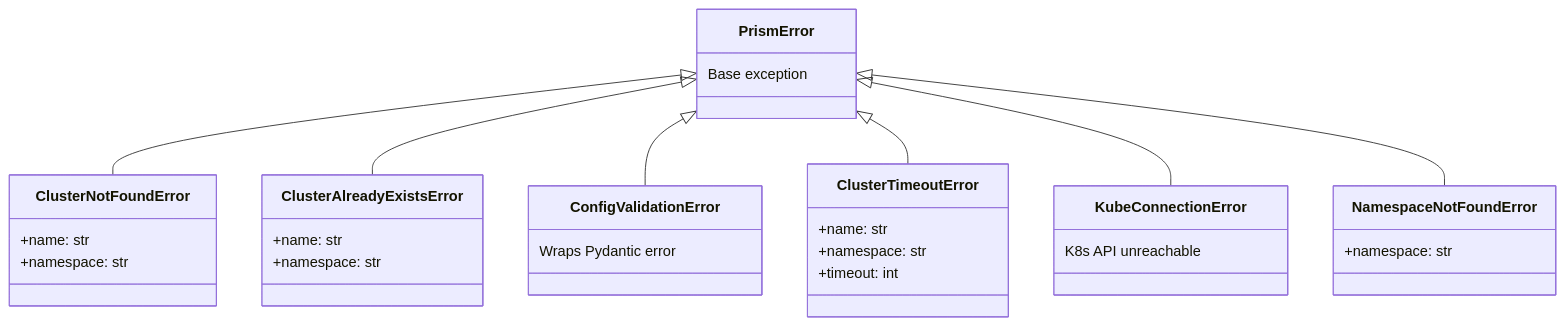
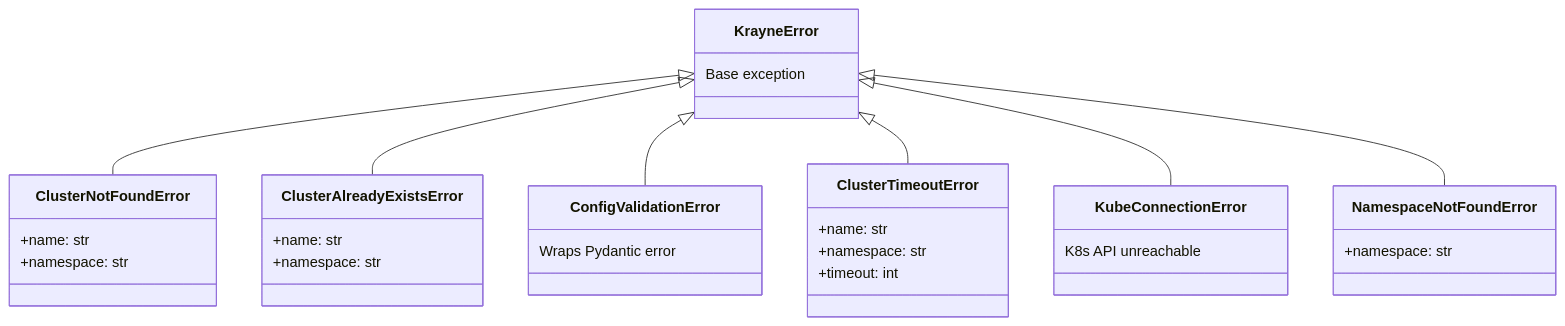
One commit to roulbac/krayne changed the first of 2 diagrams in docs/guide/error-handling.md. Above: the diagram before and after it, drawn with Mermaid. The commit also changed other lines of this file and 51 other files, not shown here.

First line of the commit message:
Rename project from Prism to Krayne

````diff
--- a/docs/guide/error-handling.md
+++ b/docs/guide/error-handling.md
@@ -41,35 +41,35 @@
 ```mermaid
 classDiagram
-  class PrismError {
+  class KrayneError {
     Base exception
   }
   class ClusterNotFoundError {
     +name: str
     +namespace: str
   }
   class ClusterAlreadyExistsError {
     +name: str
     +namespace: str
   }
   class ConfigValidationError {
     Wraps Pydantic error
   }
   class ClusterTimeoutError {
     +name: str
     +namespace: str
     +timeout: int
   }
   class KubeConnectionError {
     K8s API unreachable
   }
   class NamespaceNotFoundError {
     +namespace: str
   }
 
-  PrismError <|-- ClusterNotFoundError
-  PrismError <|-- ClusterAlreadyExistsError
-  PrismError <|-- ConfigValidationError
-  PrismError <|-- ClusterTimeoutError
-  PrismError <|-- KubeConnectionError
-  PrismError <|-- NamespaceNotFoundError
+  KrayneError <|-- ClusterNotFoundError
+  KrayneError <|-- ClusterAlreadyExistsError
+  KrayneError <|-- ConfigValidationError
+  KrayneError <|-- ClusterTimeoutError
+  KrayneError <|-- KubeConnectionError
+  KrayneError <|-- NamespaceNotFoundError
 ```
````
